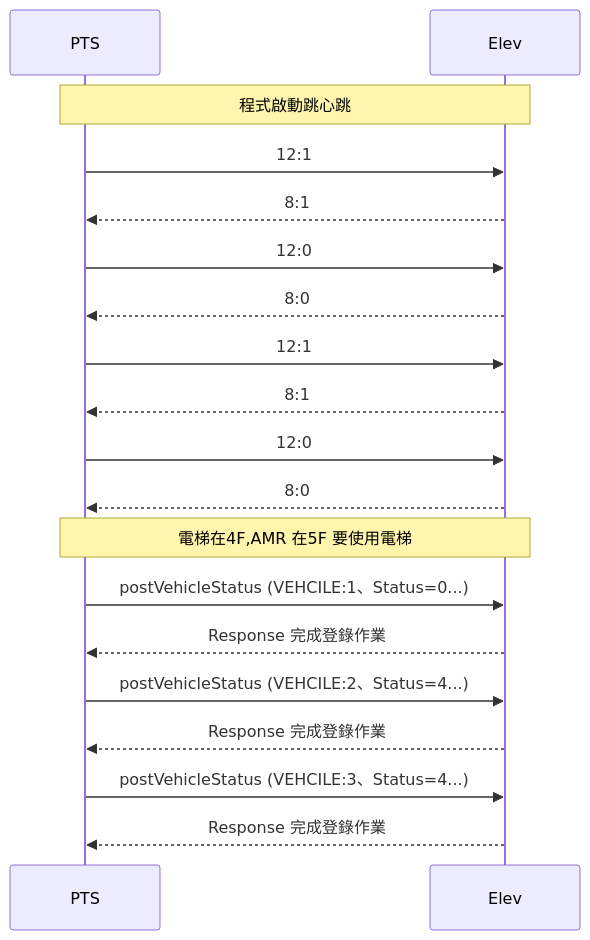
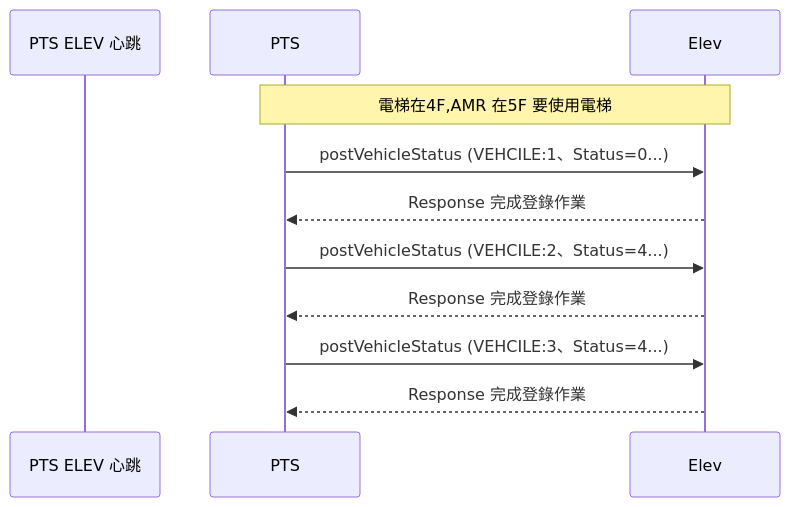
Before and after one commit to athena-tircgo/amr-elev-Zhunan: the second of 2 diagrams in README.md, drawn with Mermaid.

````diff
--- a/README.md
+++ b/README.md
@@ -4,25 +23,16 @@
 ```mermaid
 sequenceDiagram
 
+    participant PTS ELEV 心跳
     participant PTS
     participant Elev
 
-    note over PTS,Elev: 程式啟動跳心跳
-        PTS->>Elev: 12:1
-        Elev-->>PTS: 8:1
-        PTS->>Elev: 12:0
-        Elev-->>PTS: 8:0
-        PTS->>Elev: 12:1
-        Elev-->>PTS: 8:1
-        PTS->>Elev: 12:0
-        Elev-->>PTS: 8:0
-
-    note over PTS,Elev: 電梯在4F,AMR 在5F 要使用電梯
+ note over PTS,Elev: 電梯在4F,AMR 在5F 要使用電梯
         PTS->>Elev: postVehicleStatus (VEHCILE:1、Status=0...)
         Elev-->>PTS: Response 完成登錄作業
         PTS->>Elev: postVehicleStatus (VEHCILE:2、Status=4...)
         Elev-->>PTS: Response 完成登錄作業
         PTS->>Elev: postVehicleStatus (VEHCILE:3、Status=4...)
         Elev-->>PTS: Response 完成登錄作業
 
 ```
````
